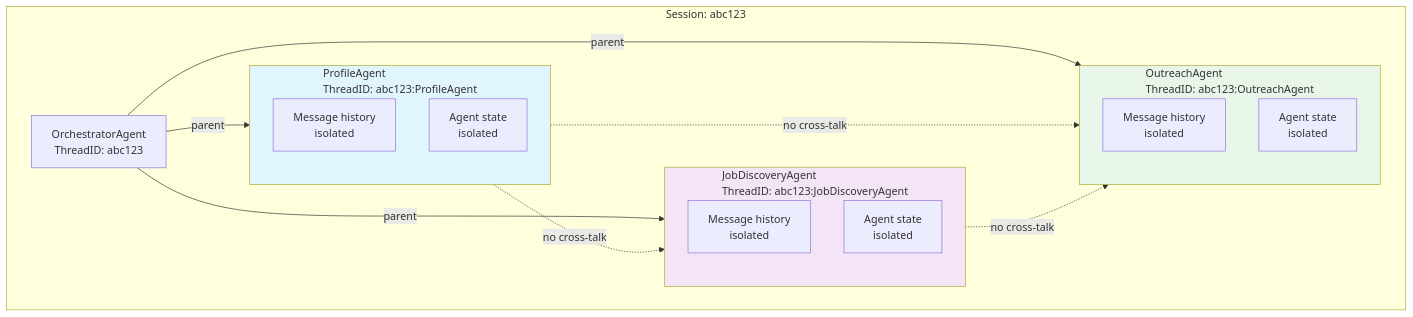
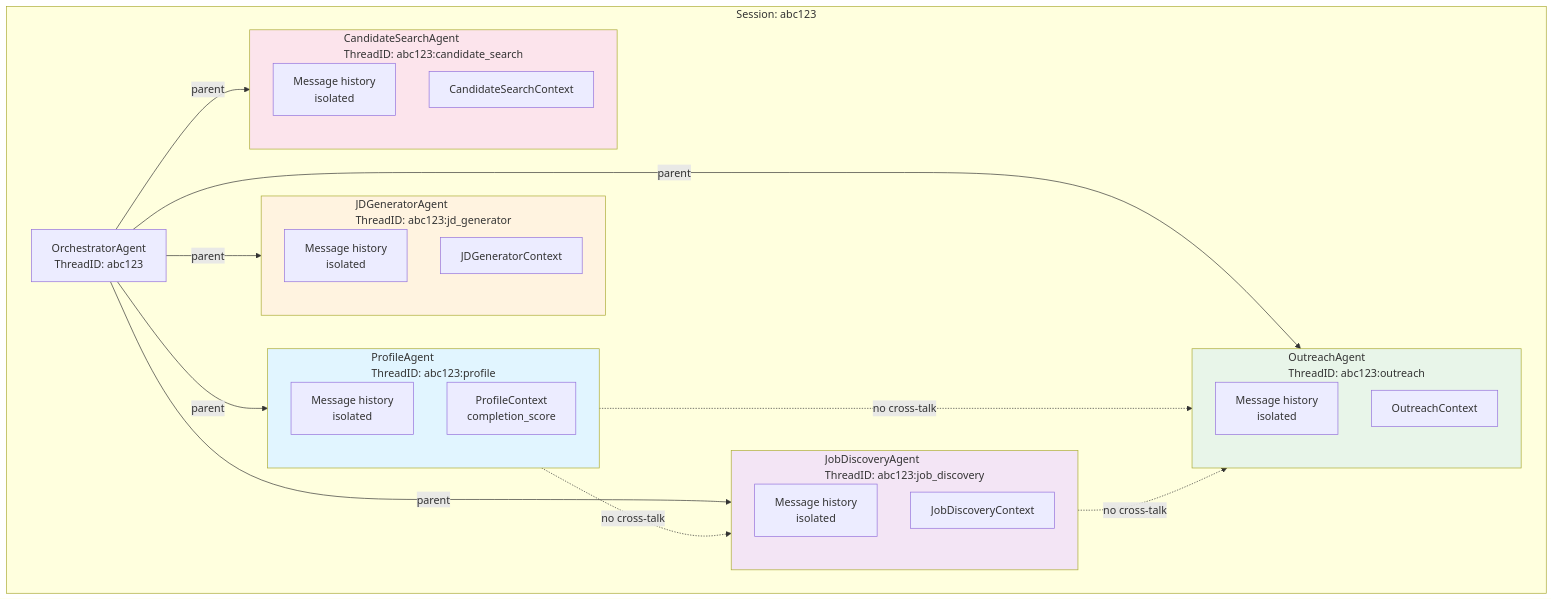
Before and after one commit to savipk/autochat: the third of 7 diagrams in docs/architecture/07-state-management.md, drawn with Mermaid. The commit also changed other lines of this file and 27 other files, not shown here.

Commit message:
modify profile agent

````diff
--- a/docs/architecture/07-state-management.md
+++ b/docs/architecture/07-state-management.md
@@ -120,33 +116,47 @@
 ```mermaid
 graph TB
     subgraph Session1["Session: abc123"]
         OrchestratorThread["OrchestratorAgent<br/>ThreadID: abc123"]
 
-        subgraph SubThread1["ProfileAgent<br/>ThreadID: abc123:ProfileAgent"]
+        subgraph SubThread1["ProfileAgent<br/>ThreadID: abc123:profile"]
             ProfHistory["Message history<br/>isolated"]
-            ProfState["Agent state<br/>isolated"]
+            ProfState["ProfileContext<br/>completion_score"]
         end
 
-        subgraph SubThread2["JobDiscoveryAgent<br/>ThreadID: abc123:JobDiscoveryAgent"]
+        subgraph SubThread2["JobDiscoveryAgent<br/>ThreadID: abc123:job_discovery"]
             JobHistory["Message history<br/>isolated"]
-            JobState["Agent state<br/>isolated"]
+            JobState["JobDiscoveryContext"]
         end
 
-        subgraph SubThread3["OutreachAgent<br/>ThreadID: abc123:OutreachAgent"]
+        subgraph SubThread3["OutreachAgent<br/>ThreadID: abc123:outreach"]
             OutHistory["Message history<br/>isolated"]
-            OutState["Agent state<br/>isolated"]
+            OutState["OutreachContext"]
+        end
+
+        subgraph SubThread4["JDGeneratorAgent<br/>ThreadID: abc123:jd_generator"]
+            JDHistory["Message history<br/>isolated"]
+            JDState["JDGeneratorContext"]
+        end
+
+        subgraph SubThread5["CandidateSearchAgent<br/>ThreadID: abc123:candidate_search"]
+            CandHistory["Message history<br/>isolated"]
+            CandState["CandidateSearchContext"]
         end
     end
 
     OrchestratorThread -->|parent| SubThread1
     OrchestratorThread -->|parent| SubThread2
     OrchestratorThread -->|parent| SubThread3
+    OrchestratorThread -->|parent| SubThread4
+    OrchestratorThread -->|parent| SubThread5
 
     SubThread1 -.->|no cross-talk| SubThread2
     SubThread1 -.->|no cross-talk| SubThread3
     SubThread2 -.->|no cross-talk| SubThread3
 
     style SubThread1 fill:#e1f5ff
     style SubThread2 fill:#f3e5f5
     style SubThread3 fill:#e8f5e9
+    style SubThread4 fill:#fff3e0
+    style SubThread5 fill:#fce4ec
 ```
````
